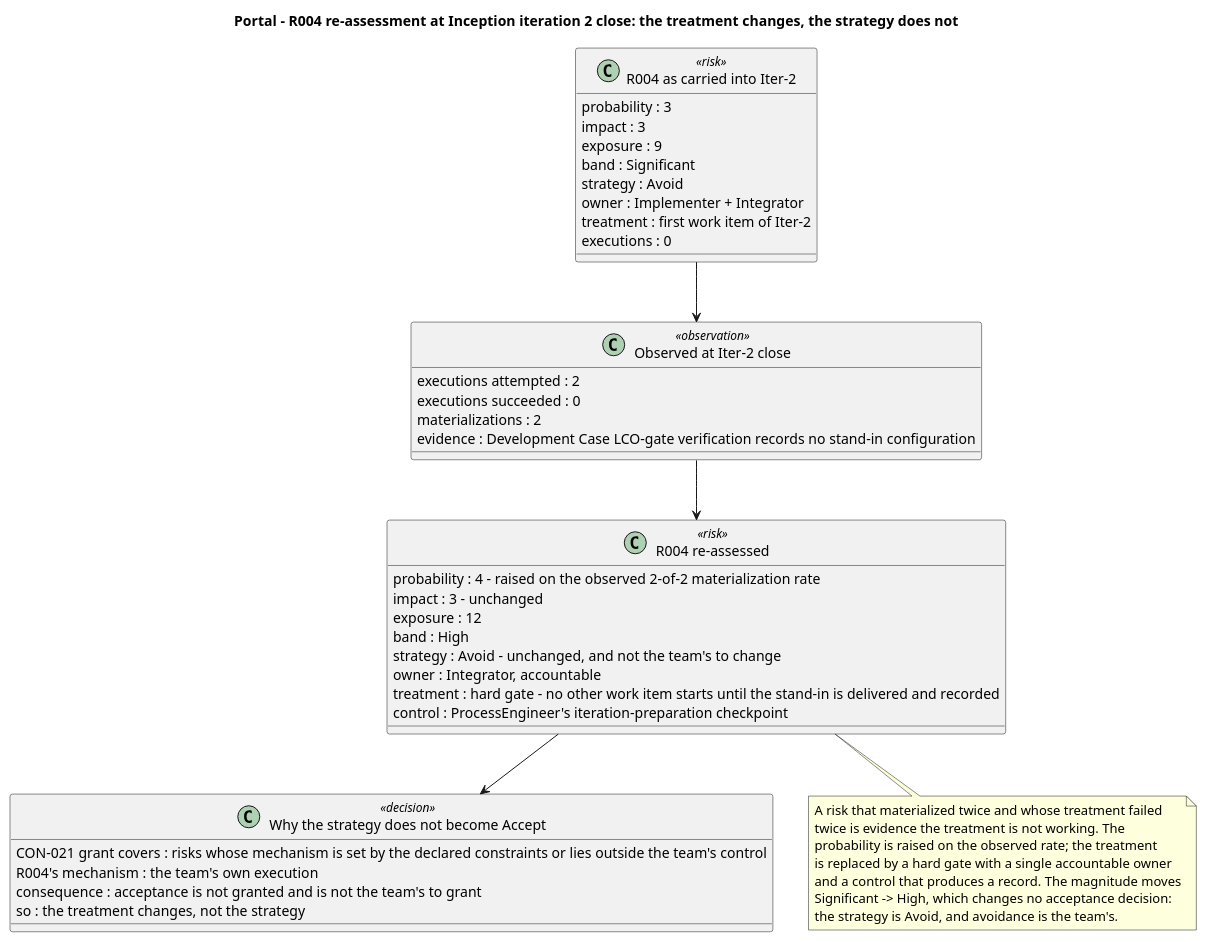
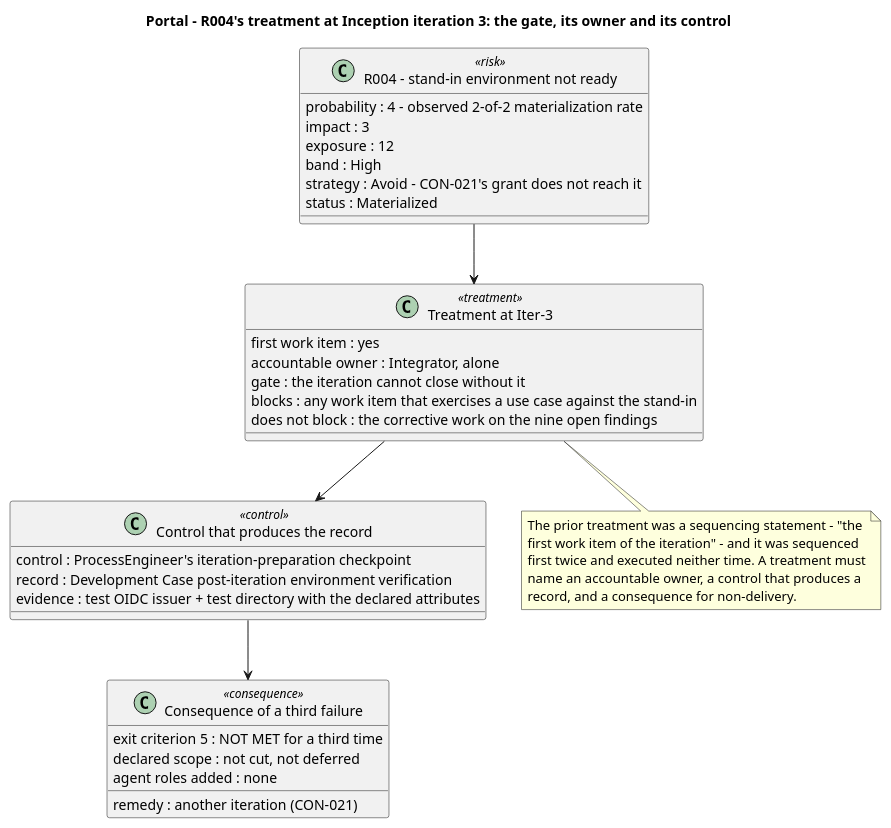
The third of 4 diagrams in docs/artifacts/project-management/risk-list.md (banense-test/portal), drawn with PlantUML before and after one commit. The commit also changed other lines of this file, not shown here.

First line of the commit message:
Project Manager [I3]: upsert Risk List

````diff
--- a/docs/artifacts/project-management/risk-list.md
+++ b/docs/artifacts/project-management/risk-list.md
@@ -271,56 +253,48 @@
 ```plantuml
-@startuml R004_Reassessment
-title Portal - R004 re-assessment at Inception iteration 2 close: the treatment changes, the strategy does not
+@startuml RiskList_Iter3_Gate
+title Portal - R004's treatment at Inception iteration 3: the gate, its owner and its control
 skinparam classAttributeIconSize 0
 
-class "R004 as carried into Iter-2" as OLD <<risk>> {
-  probability : 3
+class "R004 - stand-in environment not ready" as R4 <<risk>> {
+  probability : 4 - observed 2-of-2 materialization rate
   impact : 3
-  exposure : 9
-  band : Significant
-  strategy : Avoid
-  owner : Implementer + Integrator
-  treatment : first work item of Iter-2
-  executions : 0
+  exposure : 12
+  band : High
+  strategy : Avoid - CON-021's grant does not reach it
+  status : Materialized
 }
 
-class "Observed at Iter-2 close" as OBS <<observation>> {
-  executions attempted : 2
-  executions succeeded : 0
-  materializations : 2
-  evidence : Development Case LCO-gate verification records no stand-in configuration
+class "Treatment at Iter-3" as T <<treatment>> {
+  first work item : yes
+  accountable owner : Integrator, alone
+  gate : the iteration cannot close without it
+  blocks : any work item that exercises a use case against the stand-in
+  does not block : the corrective work on the nine open findings
 }
 
-class "R004 re-assessed" as NEW <<risk>> {
-  probability : 4 - raised on the observed 2-of-2 materialization rate
-  impact : 3 - unchanged
-  exposure : 12
-  band : High
-  strategy : Avoid - unchanged, and not the team's to change
-  owner : Integrator, accountable
-  treatment : hard gate - no other work item starts until the stand-in is delivered and recorded
+class "Control that produces the record" as C <<control>> {
   control : ProcessEngineer's iteration-preparation checkpoint
+  record : Development Case post-iteration environment verification
+  evidence : test OIDC issuer + test directory with the declared attributes
 }
 
-class "Why the strategy does not become Accept" as WHY <<decision>> {
-  CON-021 grant covers : risks whose mechanism is set by the declared constraints or lies outside the team's control
-  R004's mechanism : the team's own execution
-  consequence : acceptance is not granted and is not the team's to grant
-  so : the treatment changes, not the strategy
+class "Consequence of a third failure" as K <<consequence>> {
+  exit criterion 5 : NOT MET for a third time
+  remedy : another iteration (CON-021)
+  declared scope : not cut, not deferred
+  agent roles added : none
 }
 
-OLD --> OBS
-OBS --> NEW
-NEW --> WHY
+R4 --> T
+T --> C
+C --> K
 
-note bottom of NEW
-  A risk that materialized twice and whose treatment failed
-  twice is evidence the treatment is not working. The
-  probability is raised on the observed rate; the treatment
-  is replaced by a hard gate with a single accountable owner
-  and a control that produces a record. The magnitude moves
-  Significant -> High, which changes no acceptance decision:
-  the strategy is Avoid, and avoidance is the team's.
+note bottom of T
+  The prior treatment was a sequencing statement - "the
+  first work item of the iteration" - and it was sequenced
+  first twice and executed neither time. A treatment must
+  name an accountable owner, a control that produces a
+  record, and a consequence for non-delivery.
 end note
 @enduml
 ```
````
